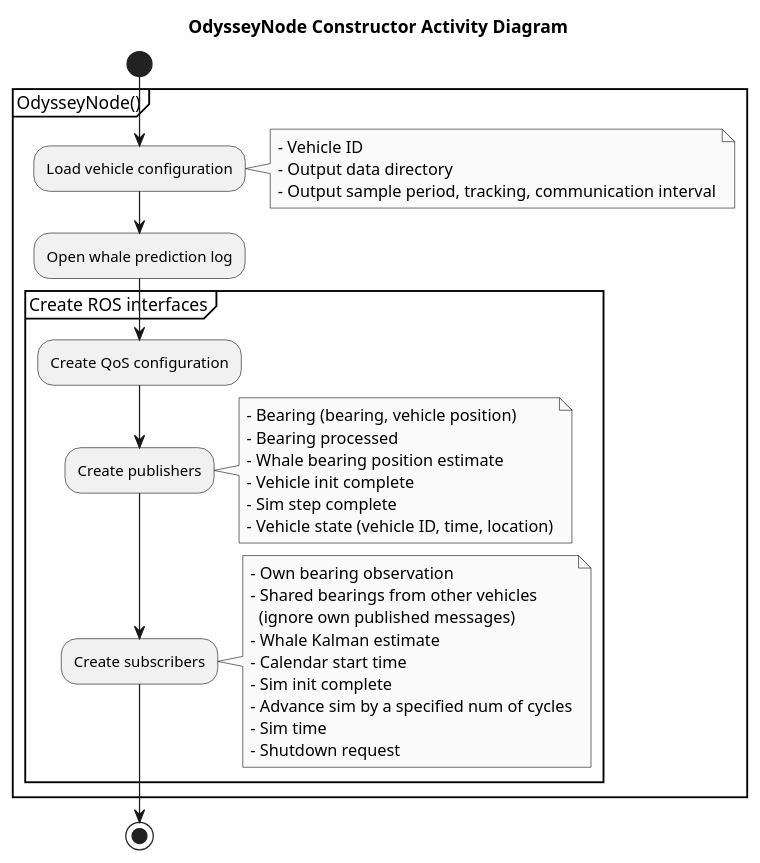
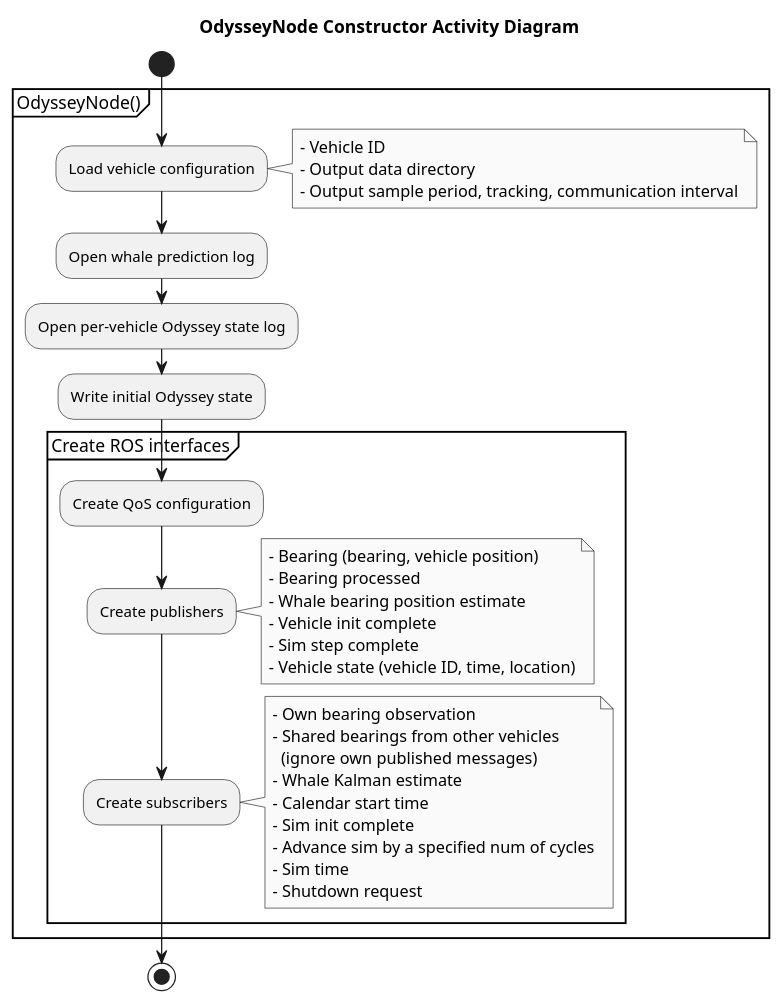
Before and after one commit to Tebcherani/MANTA: the diagram in components/manta_odyssey/docs/odyssey_init.puml, drawn with PlantUML.

Commit message:
Document Odyssey state log initialization

```diff
--- a/components/manta_odyssey/docs/odyssey_init.puml
+++ b/components/manta_odyssey/docs/odyssey_init.puml
@@ -1,50 +1,52 @@
 @startuml
 title OdysseyNode Constructor Activity Diagram
 
 skinparam monochrome true
 skinparam shadowing false
 skinparam svgLinkTarget _self
 
 start
 
 partition "OdysseyNode()" {
     :Load vehicle configuration;
     note right
         - Vehicle ID
         - Output data directory
         - Output sample period, tracking, communication interval
     end note
 
     :Open whale prediction log;
+    :Open per-vehicle Odyssey state log;
+    :Write initial Odyssey state;
 
     partition "Create ROS interfaces" {
         :Create QoS configuration;
 
         :Create publishers;
         note right
             - Bearing (bearing, vehicle position)
             - Bearing processed
             - Whale bearing position estimate
             - Vehicle init complete
             - Sim step complete
             - Vehicle state (vehicle ID, time, location)
         end note
 
         :Create subscribers;
         note right
             - Own bearing observation
             - Shared bearings from other vehicles
               (ignore own published messages)
             - Whale Kalman estimate
             - Calendar start time
             - Sim init complete
             - Advance sim by a specified num of cycles
             - Sim time
             - Shutdown request
         end note
     }
 }
 
 stop
 
 @enduml
```
